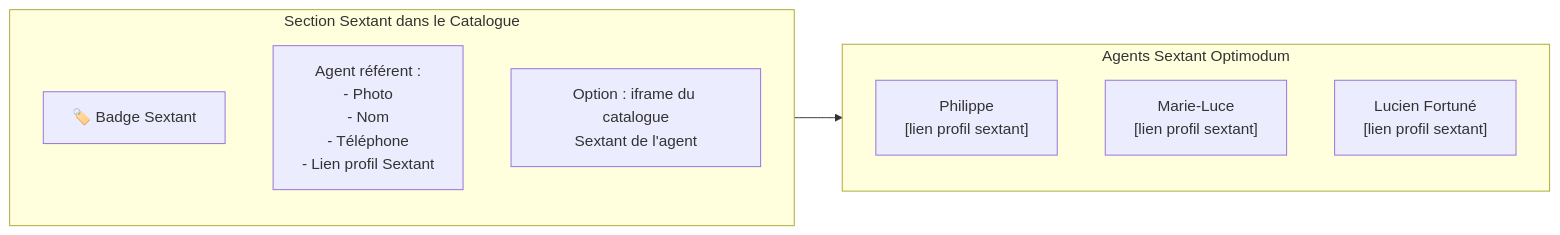
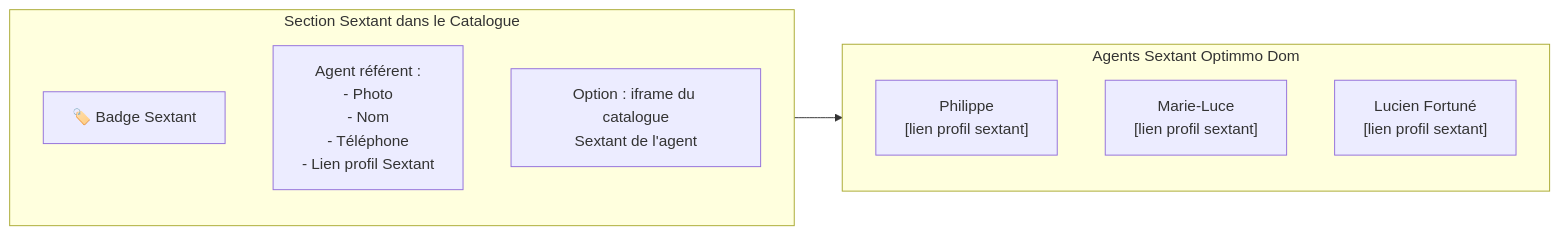
One commit to senegal972/fidi-etude-marche changed the third of 5 diagrams in optimodum-website/specs/02_espace_public.md. Above: the diagram before and after it, drawn with Mermaid. The commit also changed other lines of this file and 7 other files, not shown here.

First line of the commit message:
fix(optimmo-dom): correction nom société Optimmo Dom + CSS partagé Phase 2

````diff
--- a/optimodum-website/specs/02_espace_public.md
+++ b/optimodum-website/specs/02_espace_public.md
@@ -147,16 +147,16 @@
 ```mermaid
 graph LR
     subgraph SEXT_SECTION["Section Sextant dans le Catalogue"]
         LABEL["🏷️ Badge Sextant"]
         AGENT["Agent référent :\n- Photo\n- Nom\n- Téléphone\n- Lien profil Sextant"]
         IFRAME_TOGGLE["Option : iframe du catalogue\nSextant de l'agent"]
     end
 
-    subgraph AGENTS["Agents Sextant Optimodum"]
+    subgraph AGENTS["Agents Sextant Optimmo Dom"]
         A1["Philippe\n[lien profil sextant]"]
         A2["Marie-Luce\n[lien profil sextant]"]
         A3["Lucien Fortuné\n[lien profil sextant]"]
     end
 
     SEXT_SECTION --> AGENTS
 ```
````
